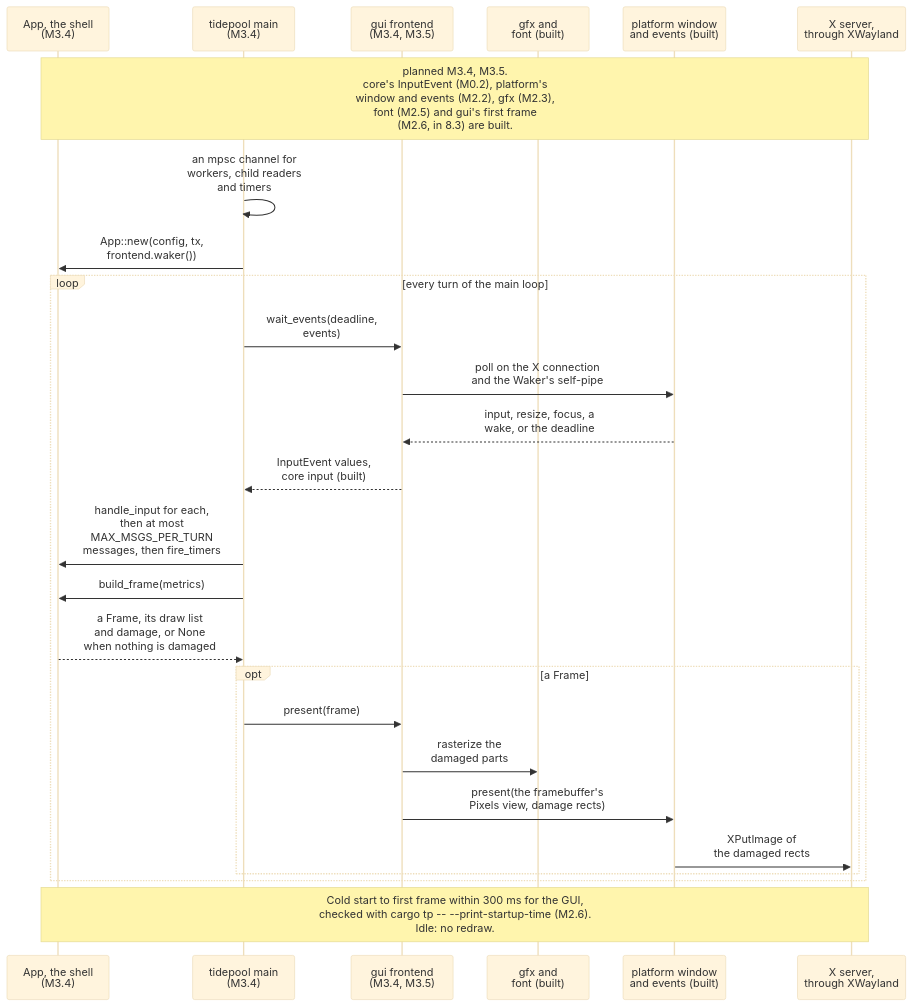
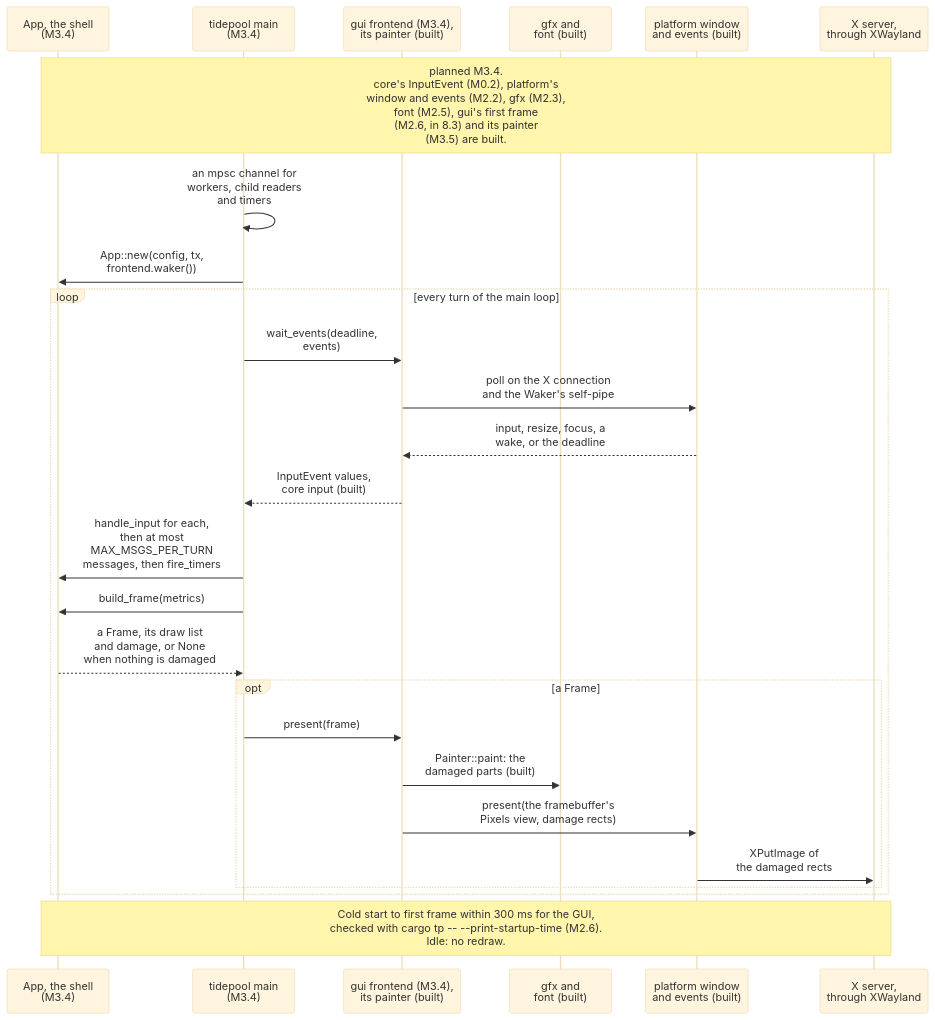
One commit to jabbott-iii/Tidepool changed the tenth of 23 diagrams in diagrams/sequence-diagrams.md. Above: the diagram before and after it, drawn with Mermaid (base theme). The commit also changed other lines of this file and 51 other files, not shown here.

First line of the commit message:
gui: draw-list painter and ui goldens (M3.5)

````diff
--- a/diagrams/sequence-diagrams.md
+++ b/diagrams/sequence-diagrams.md
@@ -554,29 +556,29 @@
 ```mermaid
 sequenceDiagram
     participant Shell as App, the shell<br/>(M3.4)
     participant Cli as tidepool main<br/>(M3.4)
-    participant Fe as gui frontend<br/>(M3.4, M3.5)
+    participant Fe as gui frontend (M3.4),<br/>its painter (built)
     participant Gfx as gfx and<br/>font (built)
     participant Plat as platform window<br/>and events (built)
     participant Disp as X server,<br/>through XWayland
 
-    Note over Shell,Disp: planned M3.4, M3.5.<br/>core's InputEvent (M0.2), platform's<br/>window and events (M2.2), gfx (M2.3),<br/>font (M2.5) and gui's first frame<br/>(M2.6, in 8.3) are built.
+    Note over Shell,Disp: planned M3.4.<br/>core's InputEvent (M0.2), platform's<br/>window and events (M2.2), gfx (M2.3),<br/>font (M2.5), gui's first frame<br/>(M2.6, in 8.3) and its painter<br/>(M3.5) are built.
     Cli->>Cli: an mpsc channel for<br/>workers, child readers<br/>and timers
     Cli->>Shell: App::new(config, tx,<br/>frontend.waker())
     loop every turn of the main loop
         Cli->>Fe: wait_events(deadline,<br/>events)
         Fe->>Plat: poll on the X connection<br/>and the Waker's self-pipe
         Plat-->>Fe: input, resize, focus, a<br/>wake, or the deadline
         Fe-->>Cli: InputEvent values,<br/>core input (built)
         Cli->>Shell: handle_input for each,<br/>then at most<br/>MAX_MSGS_PER_TURN<br/>messages, then fire_timers
         Cli->>Shell: build_frame(metrics)
         Shell-->>Cli: a Frame, its draw list<br/>and damage, or None<br/>when nothing is damaged
         opt a Frame
             Cli->>Fe: present(frame)
-            Fe->>Gfx: rasterize the<br/>damaged parts
+            Fe->>Gfx: Painter::paint: the<br/>damaged parts (built)
             Fe->>Plat: present(the framebuffer's<br/>Pixels view, damage rects)
             Plat->>Disp: XPutImage of<br/>the damaged rects
         end
     end
     Note over Shell,Disp: Cold start to first frame within 300 ms for the GUI,<br/>checked with cargo tp -- --print-startup-time (M2.6).<br/>Idle: no redraw.
 ```
````
